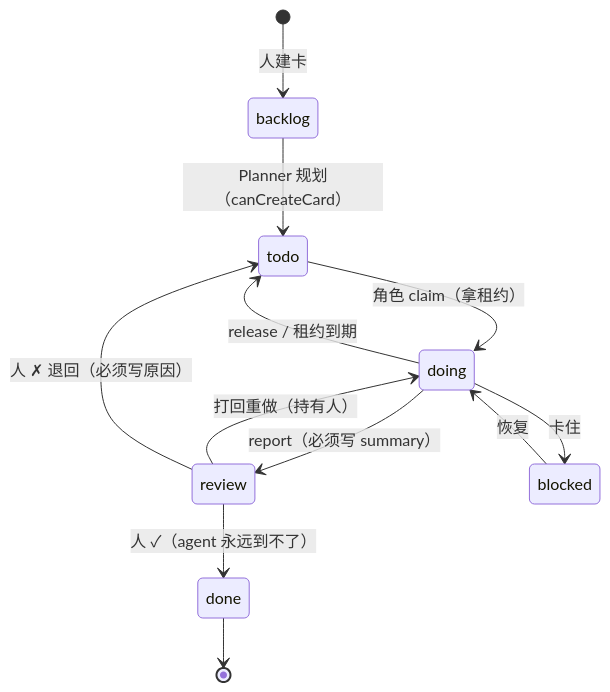
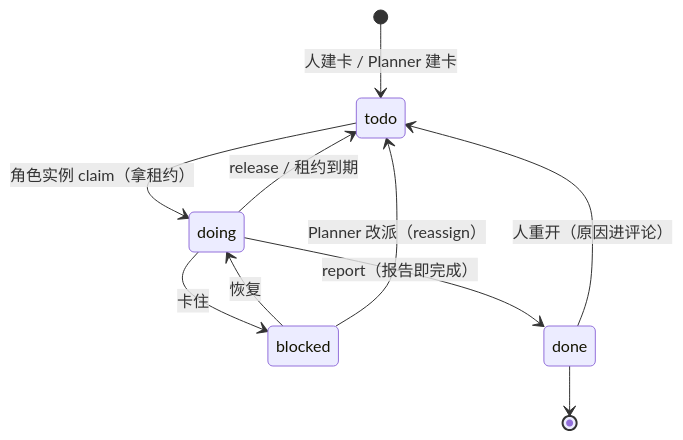
One commit to Offblink/Pot changed the diagram in README.md. Above: the diagram before and after it, drawn with Mermaid. The commit also changed other lines of this file and 14 other files, not shown here.

````diff
--- a/README.md
+++ b/README.md
@@ -93,14 +97,12 @@
 ```mermaid
 stateDiagram-v2
-    [*] --> backlog: 人建卡
-    backlog --> todo: Planner 规划（canCreateCard）
-    todo --> doing: 角色 claim（拿租约）
-    doing --> review: report（必须写 summary）
+    [*] --> todo: 人建卡 / Planner 建卡
+    todo --> doing: 角色实例 claim（拿租约）
     doing --> blocked: 卡住
     blocked --> doing: 恢复
-    review --> doing: 打回重做（持有人）
-    review --> done: 人 ✓（agent 永远到不了）
-    review --> todo: 人 ✗ 退回（必须写原因）
+    blocked --> todo: Planner 改派（reassign）
+    doing --> done: report（报告即完成）
     doing --> todo: release / 租约到期
+    done --> todo: 人重开（原因进评论）
     done --> [*]
 ```
````
